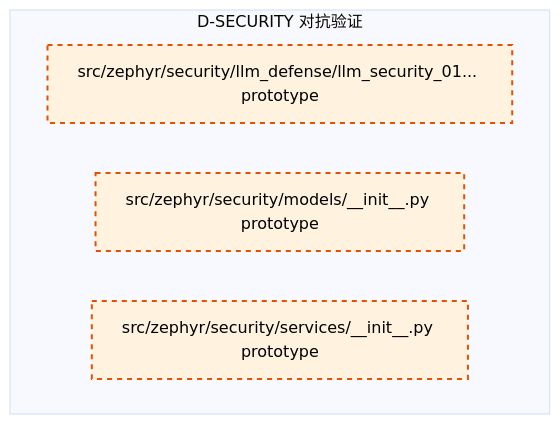
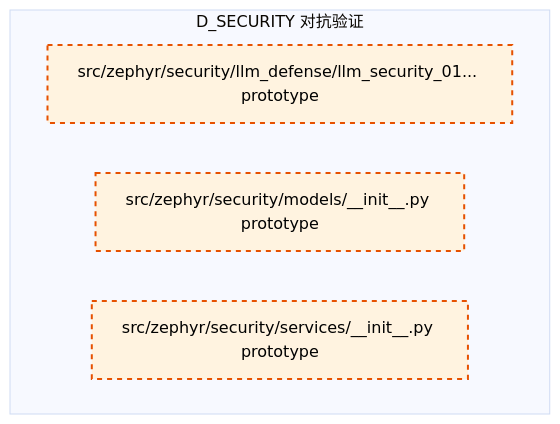
The ninth of 9 diagrams in docs/02_enterprise_architecture/02_domain_architecture_docs/18_d_security.md (xuanFelixVan/ZephyrAlpha), drawn with Mermaid (base theme) before and after one commit. The commit also changed other lines of this file and 1359 other files, not shown here.

````diff
--- a/docs/02_enterprise_architecture/02_domain_architecture_docs/18_d_security.md
+++ b/docs/02_enterprise_architecture/02_domain_architecture_docs/18_d_security.md
@@ -762,13 +762,13 @@
 ```mermaid
 graph TD
-    subgraph D_SECURITY["D-SECURITY 对抗验证"]
+    subgraph D_SECURITY["D_SECURITY 对抗验证"]
         src_zephyr_security_llm_defense_llm_security_01_self_protection_red_team_scanner_py["src/zephyr/security/llm_defense/llm_security_01... prototype"]
         src_zephyr_security_models_init_py["src/zephyr/security/models/__init__.py prototype"]
         src_zephyr_security_services_init_py["src/zephyr/security/services/__init__.py prototype"]
     end
     classDef production fill:#e1f5fe,stroke:#01579b,stroke-width:2px,color:#000
     classDef design fill:#fff3e0,stroke:#e65100,stroke-width:2px,color:#000,stroke-dasharray: 5 5
     classDef external_prod fill:#e8f5e9,stroke:#1b5e20,stroke-width:1px,color:#000
     classDef external_design fill:#fce4ec,stroke:#880e4f,stroke-width:1px,color:#000,stroke-dasharray: 5 5
     class src_zephyr_security_llm_defense_llm_security_01_self_protection_red_team_scanner_py,src_zephyr_security_models_init_py,src_zephyr_security_services_init_py design
 ```
````
